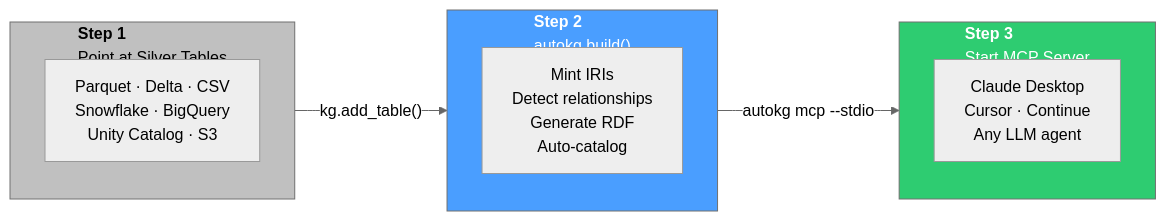
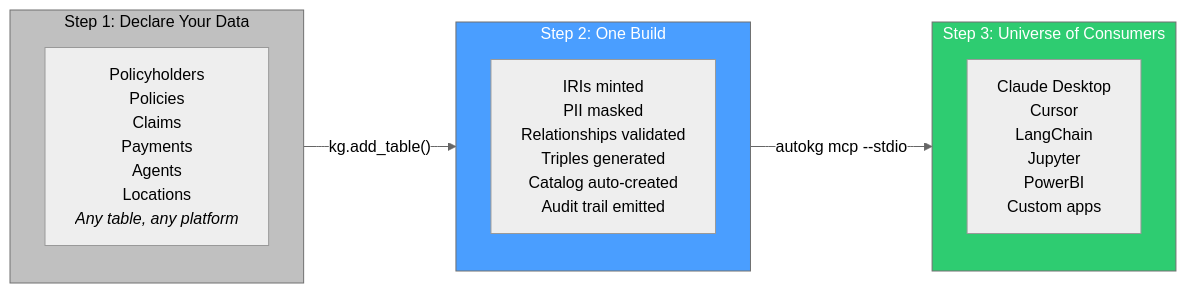
The first of 2 diagrams in README.md (kaushikthakur97/autokg), drawn with Mermaid (neutral theme) before and after one commit. The commit also changed other lines of this file and 14 other files, not shown here.

````diff
--- a/README.md
+++ b/README.md
@@ -71,18 +83,18 @@
 ```mermaid
 flowchart LR
-    subgraph A["<b>Step 1</b><br/>Point at Silver Tables"]
-        A1["Parquet · Delta · CSV<br/>Snowflake · BigQuery<br/>Unity Catalog · S3"]
+    subgraph A["Step 1: Declare Your Data"]
+        A1["Policyholders<br/>Policies<br/>Claims<br/>Payments<br/>Agents<br/>Locations<br/><i>Any table, any platform</i>"]
     end
-    subgraph B["<b>Step 2</b><br/>autokg build()"]
-        B1["Mint IRIs<br/>Detect relationships<br/>Generate RDF<br/>Auto-catalog"]
+    subgraph B["Step 2: One Build"]
+        B1["IRIs minted<br/>PII masked<br/>Relationships validated<br/>Triples generated<br/>Catalog auto-created<br/>Audit trail emitted"]
     end
-    subgraph C["<b>Step 3</b><br/>Start MCP Server"]
-        C1["Claude Desktop<br/>Cursor · Continue<br/>Any LLM agent"]
+    subgraph C["Step 3: Universe of Consumers"]
+        C1["Claude Desktop<br/>Cursor<br/>LangChain<br/>Jupyter<br/>PowerBI<br/>Custom apps"]
     end
     A -->|"kg.add_table()"| B
     B -->|"autokg mcp --stdio"| C
     
     style A fill:#c0c0c0,color:#000
     style B fill:#4a9eff,color:#fff
     style C fill:#2ecc71,color:#fff
 ```
````
